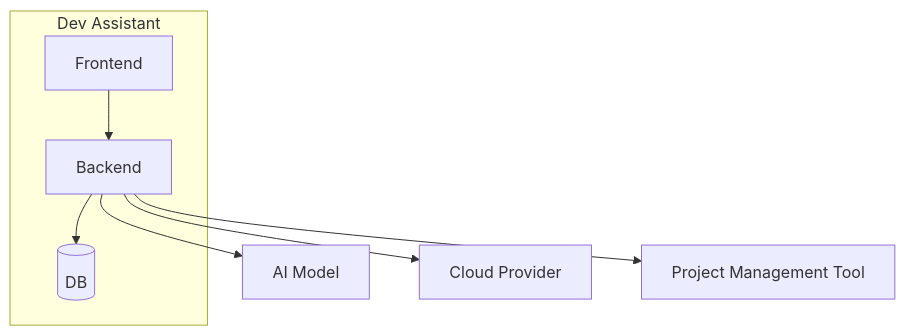
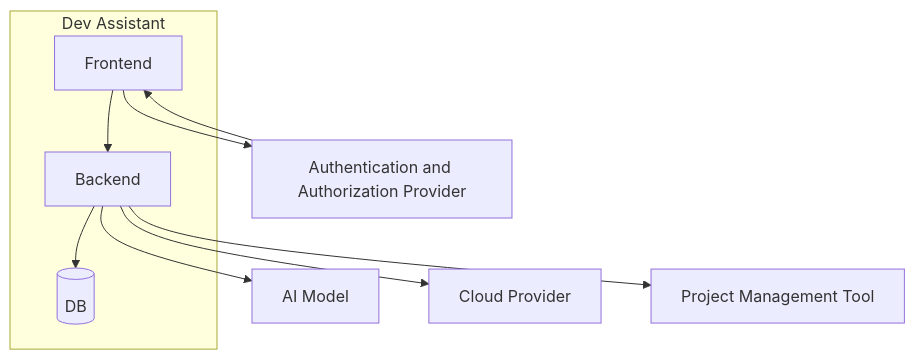
The diagram in dev-assistant/SystemContextDiagram.md (abiezersifontes/diagrams), drawn with Mermaid before and after one commit.

Commit message:
Manage authentication and authorization out of aplication

````diff
--- a/dev-assistant/SystemContextDiagram.md
+++ b/dev-assistant/SystemContextDiagram.md
@@ -2,10 +2,12 @@
 ```mermaid
 graph TD;
     subgraph Dev Assistant
         A[Frontend] --> B[Backend];
         B[Backend] --> C[(DB)];
     end
-    B[Backend] --> D[AI Model];
-    B[Backend] --> E[Cloud Provider];
-    B[Backend] --> F[Project Management Tool];
+    A[Frontend] --> D[Authentication and Authorization Provider]
+    D[Authentication and Authorization Provider] --> A[Frontend]
+    B[Backend] --> E[AI Model];
+    B[Backend] --> F[Cloud Provider];
+    B[Backend] --> G[Project Management Tool];
 ```
````
